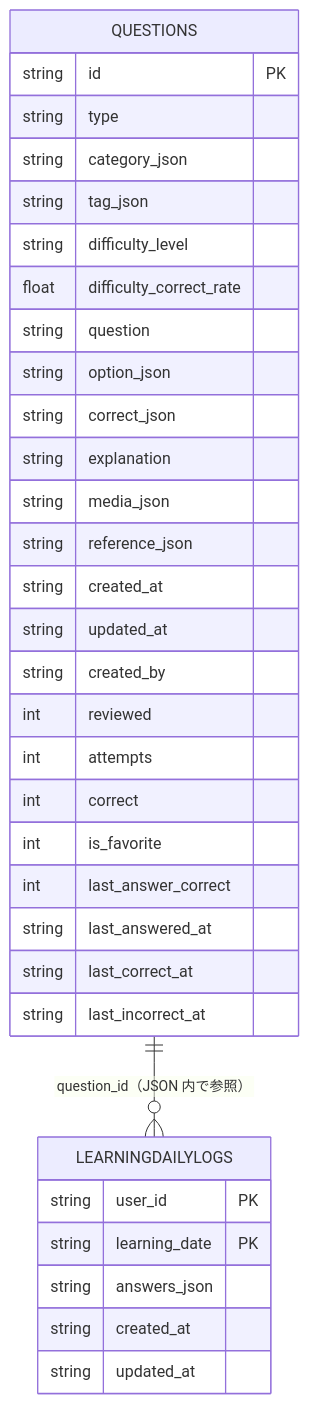
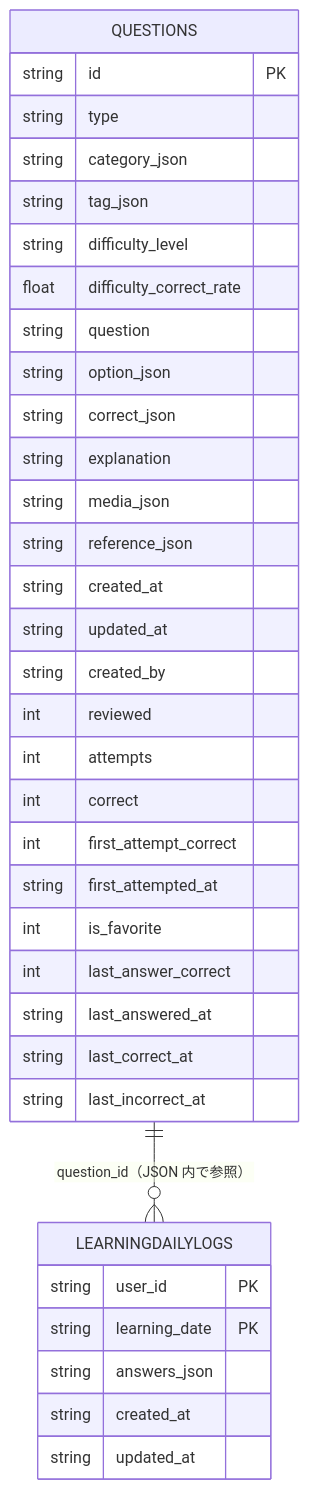
The diagram in docs/sqlite_schema.md (kokiSAT0/AnesQuizAdmin), drawn with Mermaid before and after one commit. The commit also changed other lines of this file and 4 other files, not shown here.

````diff
--- a/docs/sqlite_schema.md
+++ b/docs/sqlite_schema.md
@@ -3,39 +3,41 @@
 ```mermaid
 erDiagram
     QUESTIONS {
       string  id PK
       string  type
       string  category_json
       string  tag_json
       string  difficulty_level
       float   difficulty_correct_rate
       string  question
       string  option_json
       string  correct_json
       string  explanation
       string  media_json
       string  reference_json
       string  created_at
       string  updated_at
       string  created_by
       int     reviewed
       int     attempts
       int     correct
+      int     first_attempt_correct
+      string  first_attempted_at
       int     is_favorite
       int     last_answer_correct
       string  last_answered_at
       string  last_correct_at
       string  last_incorrect_at
     }
 
     LEARNINGDAILYLOGS {
       string  user_id PK
       string  learning_date PK
       string  answers_json
       string  created_at
       string  updated_at
     }
 
     QUESTIONS ||--o{ LEARNINGDAILYLOGS : "question_id（JSON 内で参照）"
 
 ```
````
